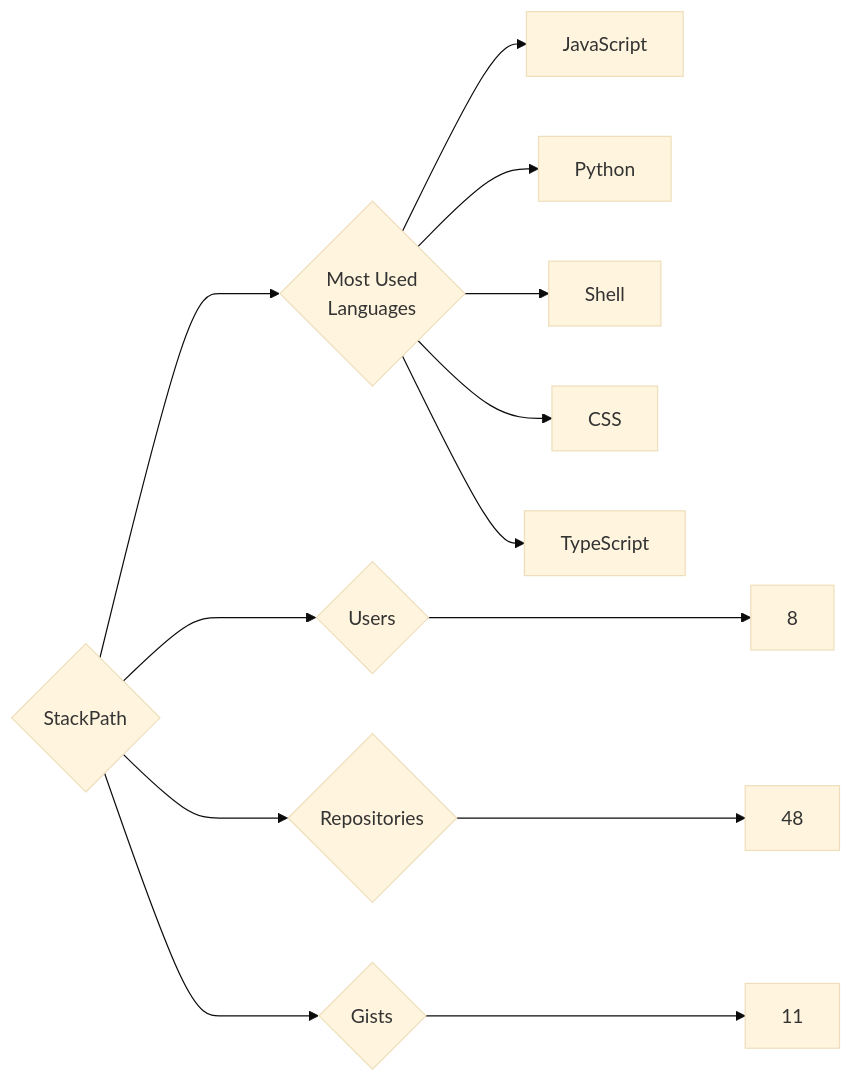
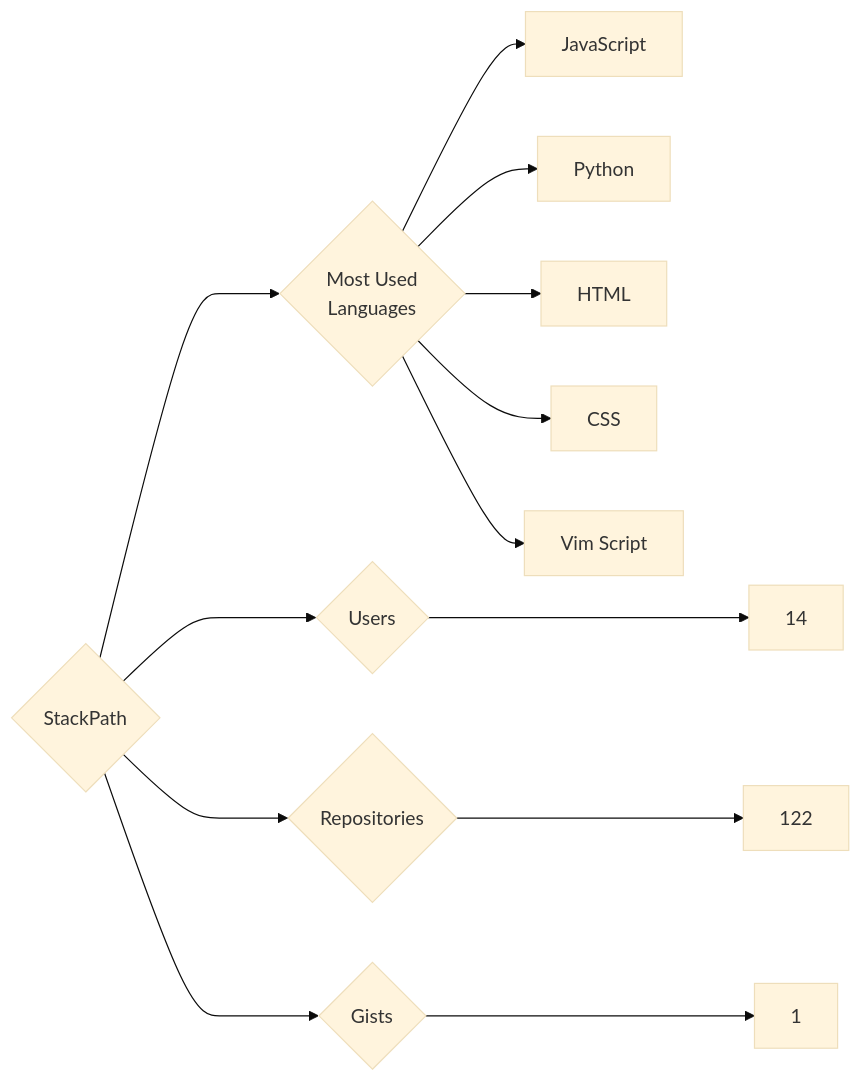
The diagram in targets/StackPath/README.md (trickest/insiders), drawn with Mermaid (base theme) before and after one commit. The commit also changed 715 other files, not shown here.

````diff
--- a/targets/StackPath/README.md
+++ b/targets/StackPath/README.md
@@ -3,13 +3,13 @@
 ```mermaid
 graph LR
 COMPANY_NAME{StackPath}
-COMPANY_NAME ---> U{Users} ---> UN[8]
-COMPANY_NAME ---> R{Repositories} ---> RN[48]
-COMPANY_NAME ---> G{Gists} ---> GN[11]
+COMPANY_NAME ---> U{Users} ---> UN[14]
+COMPANY_NAME ---> R{Repositories} ---> RN[122]
+COMPANY_NAME ---> G{Gists} ---> GN[1]
 COMPANY_NAME ---> ML{Most Used<br>Languages}
 ML --> JavaScript[JavaScript]
 ML --> Python[Python]
-ML --> Shell[Shell]
+ML --> HTML[HTML]
 ML --> CSS[CSS]
-ML --> TypeScript[TypeScript]
+ML --> Vim_Script[Vim Script]
 ```
````
